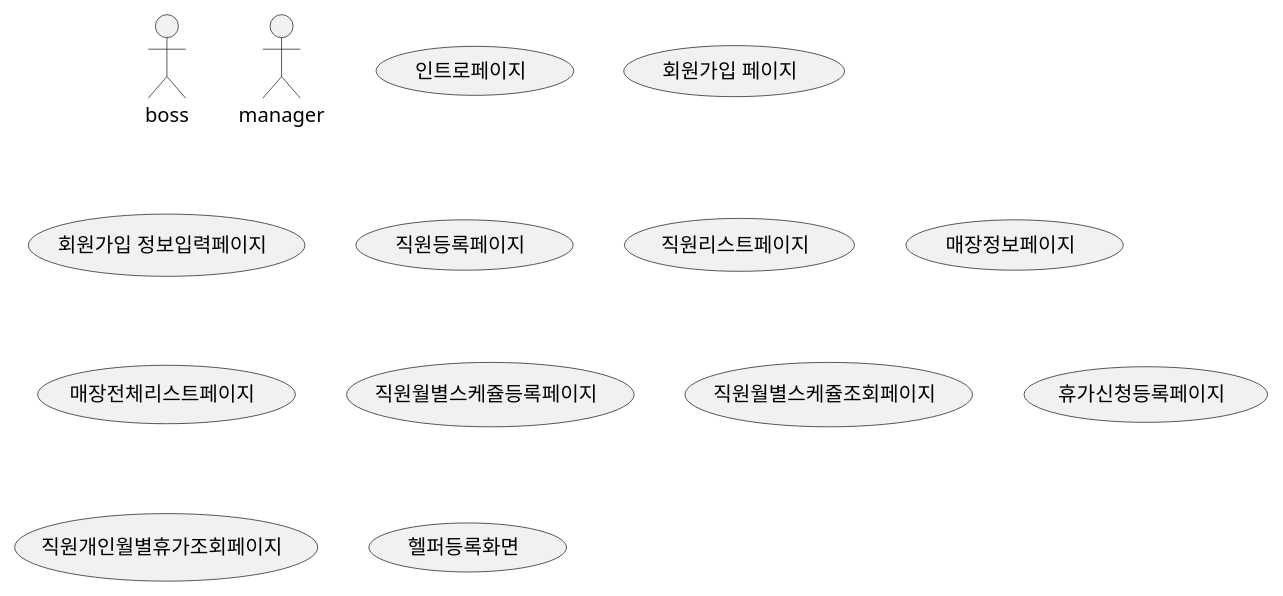
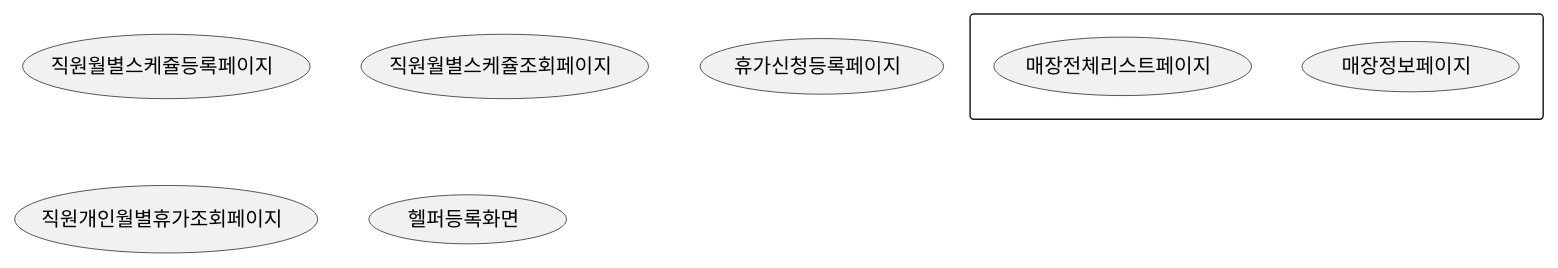
One commit to sejuntgbest/roaster changed the fourth of 7 diagrams in uml/createUser.md. Above: the diagram before and after it, drawn with PlantUML. The commit also changed other lines of this file and 2 other files, not shown here.

Commit message:
uml changed requirement analysis changed tester.html changed

````diff
--- a/uml/createUser.md
+++ b/uml/createUser.md
@@ -3,33 +87,24 @@
 ```plantuml
+
 @startuml
 
-actor boss
+rectangle {
 
-actor manager
+  (매장정보페이지)
 
-(인트로페이지)
+  (매장전체리스트페이지)
 
-(회원가입 페이지)
-
-(회원가입 정보입력페이지)
-
-(직원등록페이지)  
-
-(직원리스트페이지)
-
-(매장정보페이지)
-
-(매장전체리스트페이지)
+}
 
 (직원월별스케쥴등록페이지)
 
 (직원월별스케쥴조회페이지)
 
 (휴가신청등록페이지)
 
 (직원개인월별휴가조회페이지)
 
 (헬퍼등록화면)
 
 @enduml
 ```
````
